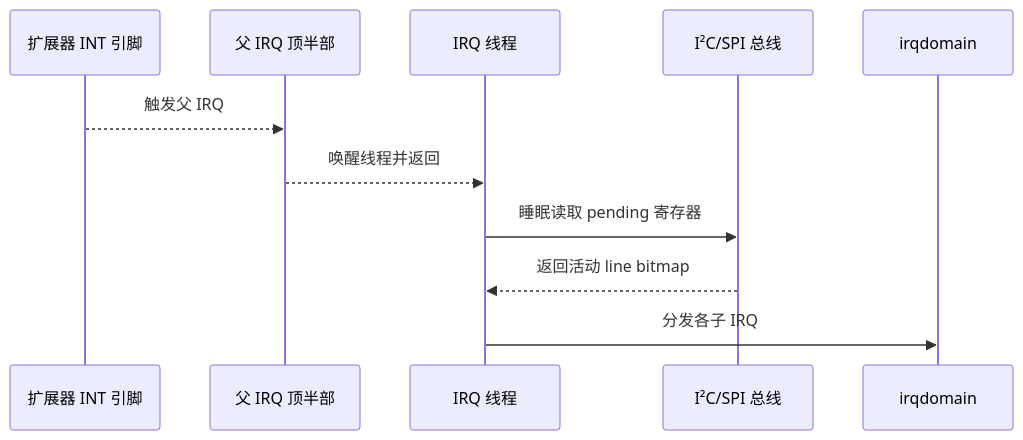
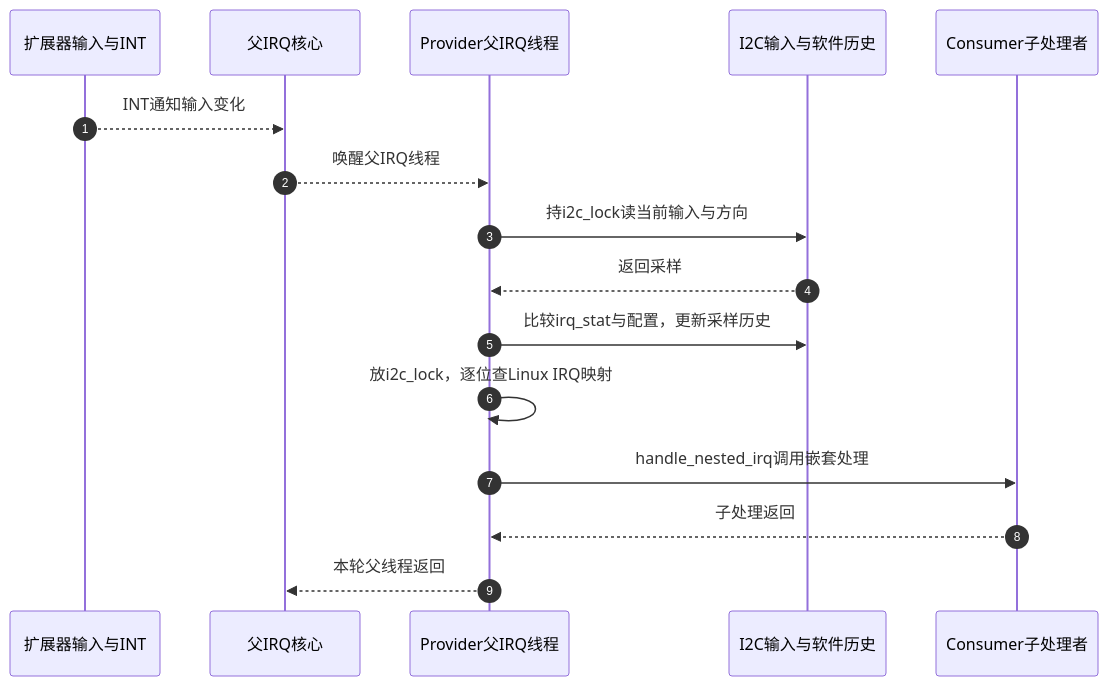
The third of 3 diagrams in knowledge/driver_model/gpio/P07_GPIO_中断桥接与事件传播.md (FormingSystem/linux_note), drawn with Mermaid before and after one commit. The commit also changed other lines of this file and 9 other files, not shown here.

````diff
--- a/knowledge/driver_model/gpio/P07_GPIO_中断桥接与事件传播.md
+++ b/knowledge/driver_model/gpio/P07_GPIO_中断桥接与事件传播.md
@@ -83,14 +91,18 @@
 ```mermaid
 sequenceDiagram
-    participant H as 扩展器 INT 引脚
-    participant T as 父 IRQ 顶半部
-    participant W as IRQ 线程
-    participant B as I²C/SPI 总线
-    participant D as irqdomain
-
-    H-->>T: 触发父 IRQ
-    T-->>W: 唤醒线程并返回
-    W->>B: 睡眠读取 pending 寄存器
-    B-->>W: 返回活动 line bitmap
-    W->>D: 分发各子 IRQ
+    autonumber
+    participant H as 扩展器输入与INT
+    participant U as 父IRQ核心
+    participant T as Provider父IRQ线程
+    participant S as I2C输入与软件历史
+    participant C as Consumer子处理者
+    H-->>U: INT通知输入变化
+    U-->>T: 唤醒父IRQ线程
+    T->>S: 持i2c_lock读当前输入与方向
+    S-->>T: 返回采样
+    T->>S: 比较irq_stat与配置，更新采样历史
+    T->>T: 放i2c_lock，逐位查Linux IRQ映射
+    T->>C: handle_nested_irq调用嵌套处理
+    C-->>T: 子处理返回
+    T-->>U: 本轮父线程返回
 ```
````
